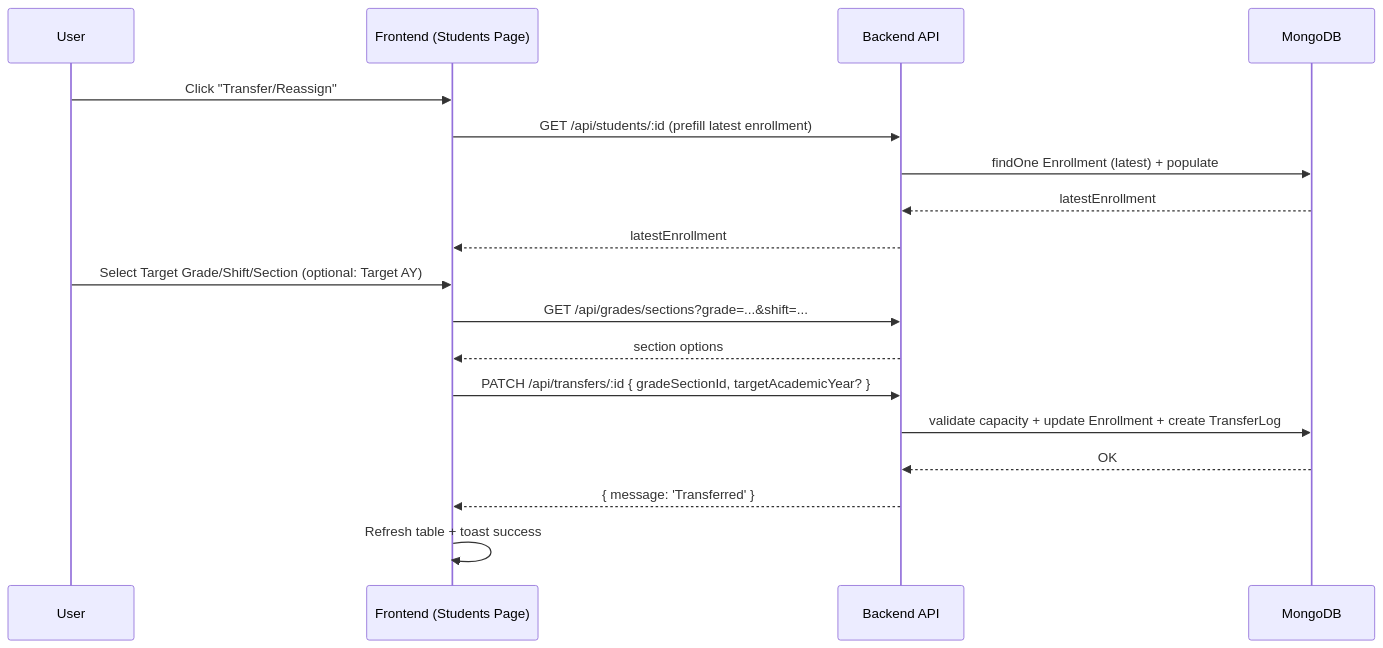
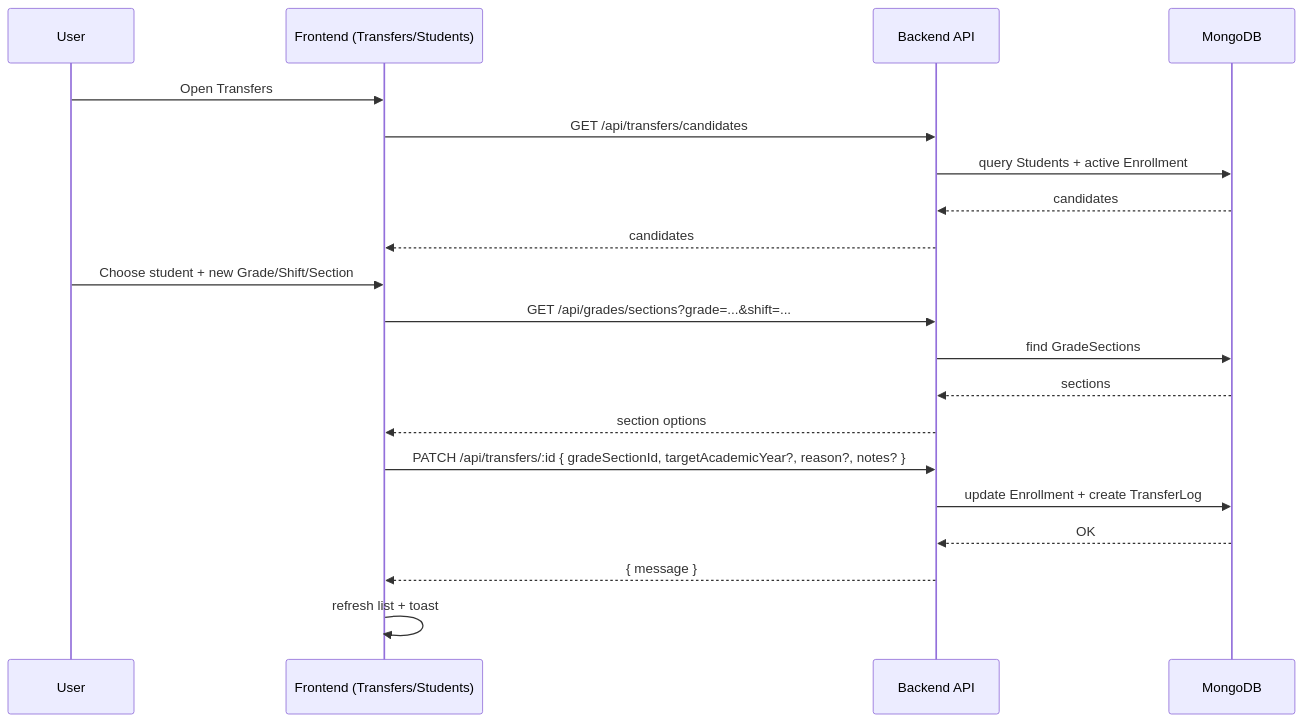
The tenth of 14 diagrams in docs/DIAGRAMS.md (khays62/nuuru-al-bayaan), drawn with Mermaid before and after one commit. The commit also changed other lines of this file, not shown here.

Commit message:
docs: fix mermaid diagrams

````diff
--- a/docs/DIAGRAMS.md
+++ b/docs/DIAGRAMS.md
@@ -132,21 +601,25 @@
 ```mermaid
 sequenceDiagram
   participant U as User
-  participant FE as Frontend (Students Page)
+  participant FE as Frontend (Transfers/Students)
   participant API as Backend API
   participant DB as MongoDB
 
-  U->>FE: Click "Transfer/Reassign"
-  FE->>API: GET /api/students/:id (prefill latest enrollment)
-  API->>DB: findOne Enrollment (latest) + populate
-  DB-->>API: latestEnrollment
-  API-->>FE: latestEnrollment
-  U->>FE: Select Target Grade/Shift/Section (optional: Target AY)
+  U->>FE: Open Transfers
+  FE->>API: GET /api/transfers/candidates
+  API->>DB: query Students + active Enrollment
+  DB-->>API: candidates
+  API-->>FE: candidates
+
+  U->>FE: Choose student + new Grade/Shift/Section
   FE->>API: GET /api/grades/sections?grade=...&shift=...
+  API->>DB: find GradeSections
+  DB-->>API: sections
   API-->>FE: section options
-  FE->>API: PATCH /api/transfers/:id { gradeSectionId, targetAcademicYear? }
-  API->>DB: validate capacity + update Enrollment + create TransferLog
+
+  FE->>API: PATCH /api/transfers/:id { gradeSectionId, targetAcademicYear?, reason?, notes? }
+  API->>DB: update Enrollment + create TransferLog
   DB-->>API: OK
-  API-->>FE: { message: 'Transferred' }
-  FE->>FE: Refresh table + toast success
+  API-->>FE: { message }
+  FE->>FE: refresh list + toast
 ```
````
